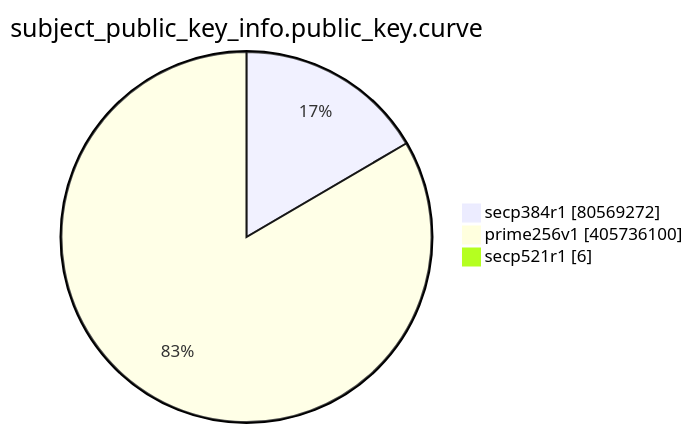
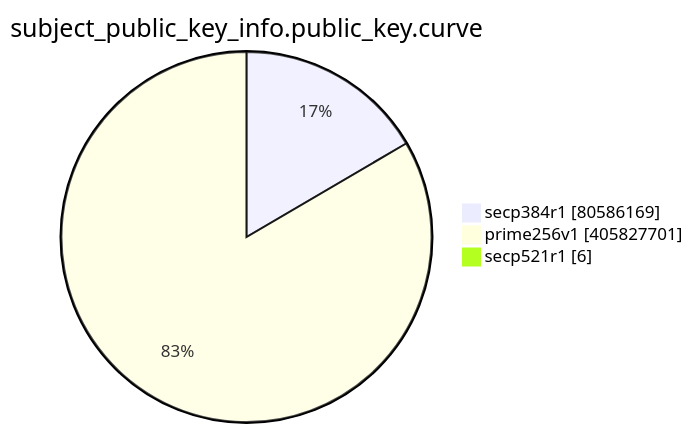
Before and after one commit to christiankrug/ctmonitor_visualization: the eighth of 15 diagrams in TOTAL/README.md, drawn with Mermaid. The commit also changed other lines of this file, not shown here.

````diff
--- a/TOTAL/README.md
+++ b/TOTAL/README.md
@@ -3095,7 +3095,7 @@
 ```mermaid
 pie showData
 title subject_public_key_info.public_key.curve
-"secp384r1" :80569272
-"prime256v1" :405736100
+"secp384r1" :80586169
+"prime256v1" :405827701
 "secp521r1" :6
 ```
````
